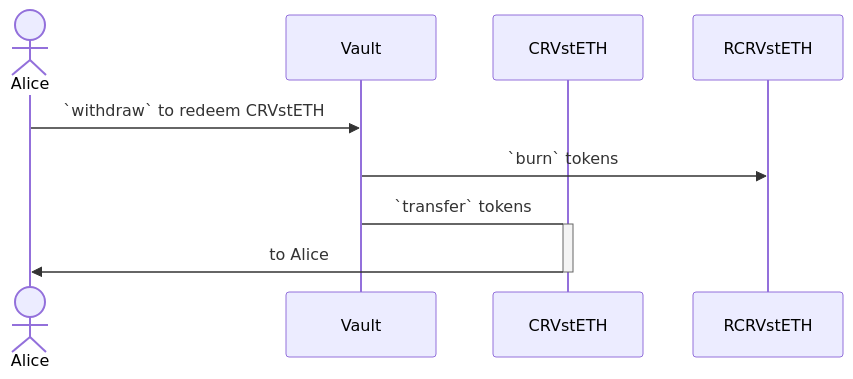
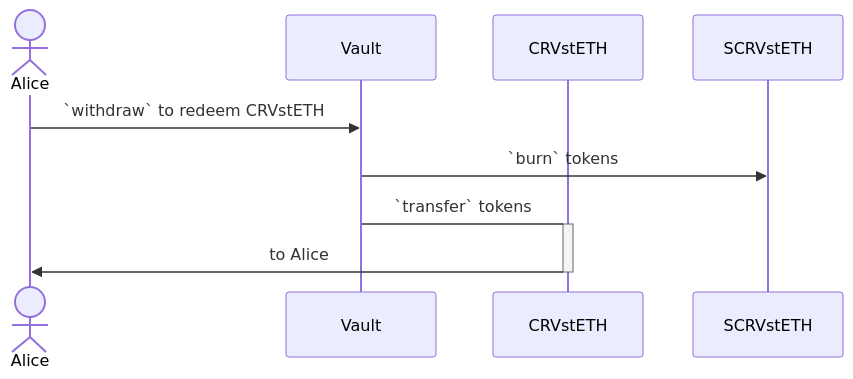
Before and after one commit to abhi3700/evm_contracts_vaultautocomp: the second of 2 diagrams in README.md, drawn with Mermaid. The commit also changed other lines of this file and 7 other files, not shown here.

````diff
--- a/README.md
+++ b/README.md
@@ -53,11 +55,11 @@
 ```mermaid
 sequenceDiagram
 actor Alice
 participant Vault
 participant CRVstETH
-participant RCRVstETH
+participant SCRVstETH
 Alice->>Vault: `withdraw` to redeem CRVstETH
-Vault->>RCRVstETH: `burn` tokens
+Vault->>SCRVstETH: `burn` tokens
 Vault->+CRVstETH: `transfer` tokens
 CRVstETH->>-Alice: to Alice
 ```
````
